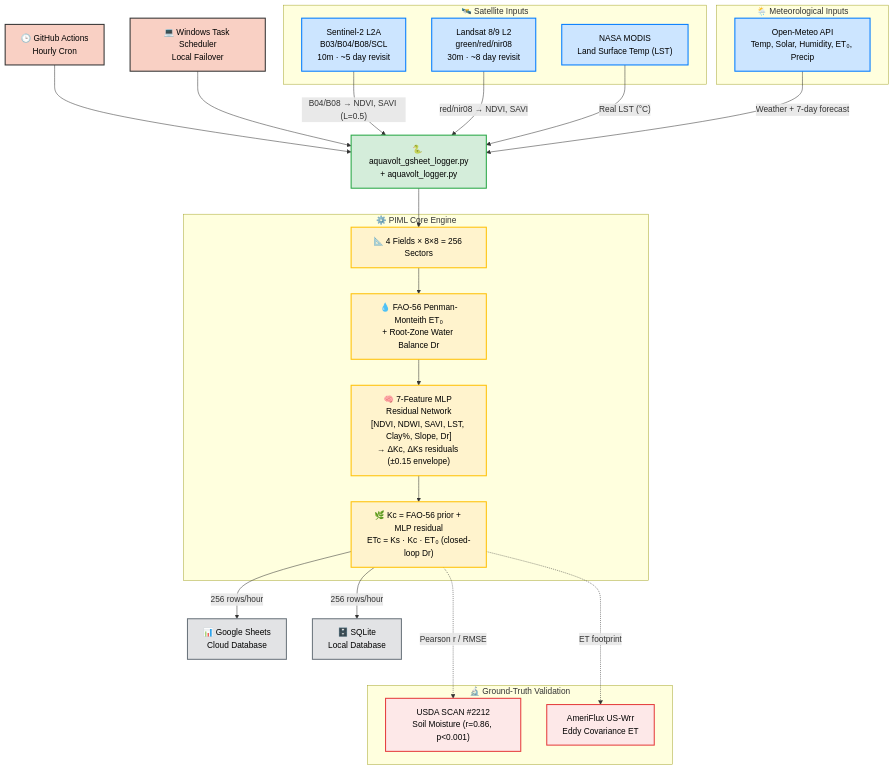
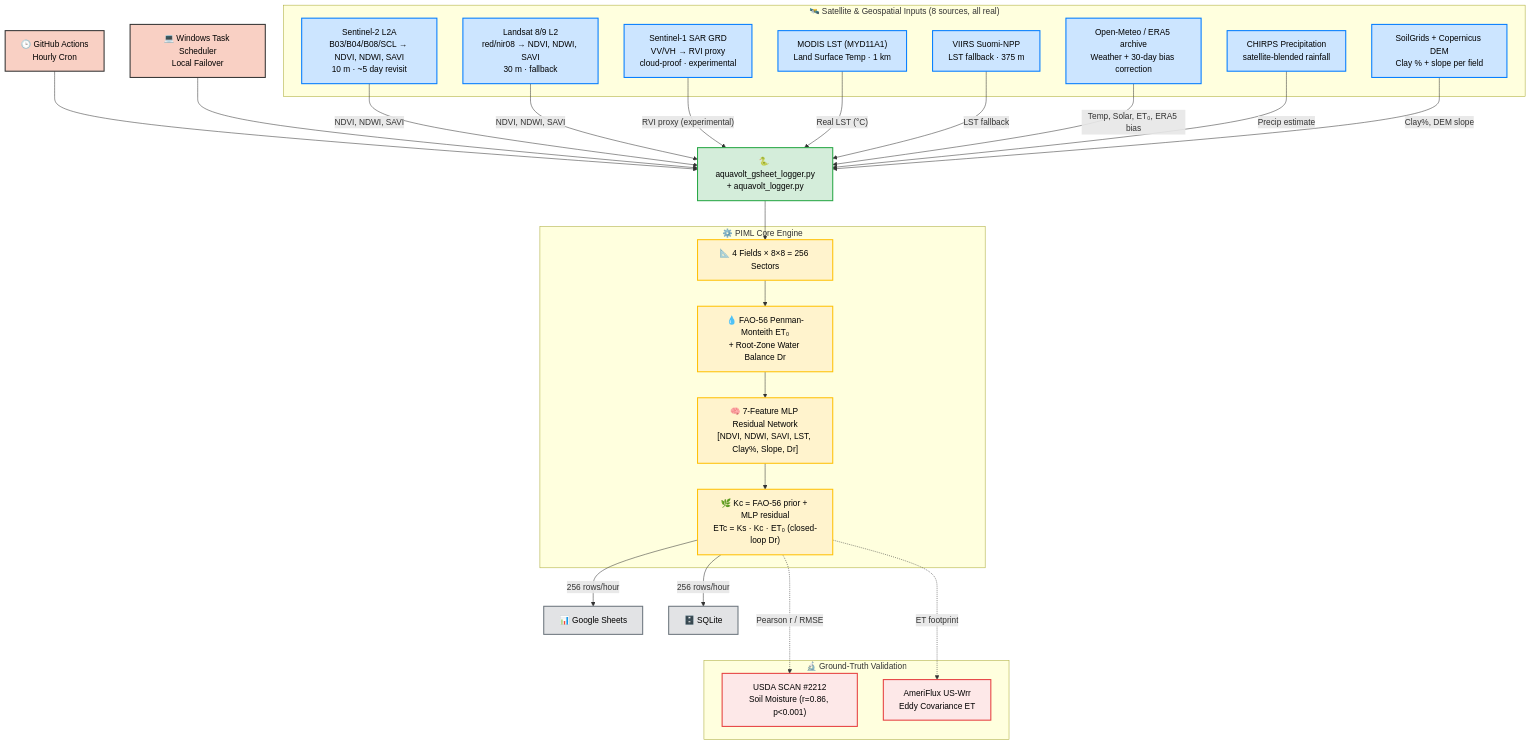
One commit to umertanveer25/aquavolt-ai-pk changed the diagram in README.md. Above: the diagram before and after it, drawn with Mermaid. The commit also changed other lines of this file, not shown here.

Commit message:
docs: align README architecture diagram and data sources table to show the 8 real sources called in code

````diff
--- a/README.md
+++ b/README.md
@@ -61,49 +61,54 @@
 ```mermaid
 flowchart TD
     classDef trigger fill:#f9d0c4,stroke:#333,stroke-width:2px,color:#000
     classDef script fill:#d4edda,stroke:#28a745,stroke-width:2px,color:#000
     classDef external fill:#cce5ff,stroke:#007bff,stroke-width:2px,color:#000
     classDef processing fill:#fff3cd,stroke:#ffc107,stroke-width:2px,color:#000
     classDef database fill:#e2e3e5,stroke:#6c757d,stroke-width:2px,color:#000
     classDef validation fill:#fde8e8,stroke:#e53e3e,stroke-width:2px,color:#000
 
-    A[🕒 GitHub Actions<br/>Hourly Cron]:::trigger --> B
-    A2[💻 Windows Task Scheduler<br/>Local Failover]:::trigger --> B
+    A["🕒 GitHub Actions<br/>Hourly Cron"]:::trigger --> B
+    A2["💻 Windows Task Scheduler<br/>Local Failover"]:::trigger --> B
 
-    B[🐍 aquavolt_gsheet_logger.py<br/>+ aquavolt_logger.py]:::script
+    B["🐍 aquavolt_gsheet_logger.py<br/>+ aquavolt_logger.py"]:::script
 
-    subgraph SatLayer ["🛰️ Satellite Inputs"]
-        C1["Sentinel-2 L2A<br/>B03/B04/B08/SCL<br/>10m · ~5 day revisit"]:::external
-        C1b["Landsat 8/9 L2<br/>green/red/nir08<br/>30m · ~8 day revisit"]:::external
-        C2["NASA MODIS<br/>Land Surface Temp (LST)"]:::external
+    subgraph SatLayer ["🛰️ Satellite & Geospatial Inputs (8 sources, all real)"]
+        C1["Sentinel-2 L2A<br/>B03/B04/B08/SCL → NDVI, NDWI, SAVI<br/>10 m · ~5 day revisit"]:::external
+        C1b["Landsat 8/9 L2<br/>red/nir08 → NDVI, NDWI, SAVI<br/>30 m · fallback"]:::external
+        C1c["Sentinel-1 SAR GRD<br/>VV/VH → RVI proxy<br/>cloud-proof · experimental"]:::external
+        C2["MODIS LST (MYD11A1)<br/>Land Surface Temp · 1 km"]:::external
+        C2b["VIIRS Suomi-NPP<br/>LST fallback · 375 m"]:::external
+        C3["Open-Meteo / ERA5 archive<br/>Weather + 30-day bias correction"]:::external
+        C3b["CHIRPS Precipitation<br/>satellite-blended rainfall"]:::external
+        C4["SoilGrids + Copernicus DEM<br/>Clay % + slope per field"]:::external
     end
 
-    subgraph WeatherLayer ["🌦️ Meteorological Inputs"]
-        C3["Open-Meteo API<br/>Temp, Solar, Humidity, ET₀, Precip"]:::external
-    end
-
-    C1  -->|"B04/B08 → NDVI, SAVI (L=0.5)"| B
-    C1b -->|"red/nir08 → NDVI, SAVI"| B
-    C2  -->|"Real LST (°C)"| B
-    C3  -->|"Weather + 7-day forecast"| B
+    C1   -->|"NDVI, NDWI, SAVI"| B
+    C1b  -->|"NDVI, NDWI, SAVI"| B
+    C1c  -->|"RVI proxy (experimental)"| B
+    C2   -->|"Real LST (°C)"| B
+    C2b  -->|"LST fallback"| B
+    C3   -->|"Temp, Solar, ET₀, ERA5 bias"| B
+    C3b  -->|"Precip estimate"| B
+    C4   -->|"Clay%, DEM slope"| B
 
     subgraph PIMLCore ["⚙️ PIML Core Engine"]
         D1["📐 4 Fields × 8×8 = 256 Sectors"]:::processing
         D2["💧 FAO-56 Penman-Monteith ET₀<br/>+ Root-Zone Water Balance Dr"]:::processing
-        D3["🧠 7-Feature MLP Residual Network<br/>[NDVI, NDWI, SAVI, LST, Clay%, Slope, Dr]<br/>→ ΔKc, ΔKs residuals (±0.15 envelope)"]:::processing
+        D3["🧠 7-Feature MLP Residual Network<br/>[NDVI, NDWI, SAVI, LST, Clay%, Slope, Dr]"]:::processing
         D4["🌿 Kc = FAO-56 prior + MLP residual<br/>ETc = Ks · Kc · ET₀ (closed-loop Dr)"]:::processing
     end
 
     B --> D1 --> D2 --> D3 --> D4
 
     subgraph ValLayer ["🔬 Ground-Truth Validation"]
         V1["USDA SCAN #2212<br/>Soil Moisture (r=0.86, p<0.001)"]:::validation
         V2["AmeriFlux US-Wrr<br/>Eddy Covariance ET"]:::validation
     end
 
     D4 -..->|"Pearson r / RMSE"| V1
     D4 -..->|"ET footprint"| V2
 
-    D4 -->|"256 rows/hour"| E["📊 Google Sheets<br/>Cloud Database"]:::database
-    D4 -->|"256 rows/hour"| E2["🗄️ SQLite<br/>Local Database"]:::database
+    D4 -->|"256 rows/hour"| E["📊 Google Sheets"]:::database
+    D4 -->|"256 rows/hour"| E2["🗄️ SQLite"]:::database
 ```
````
